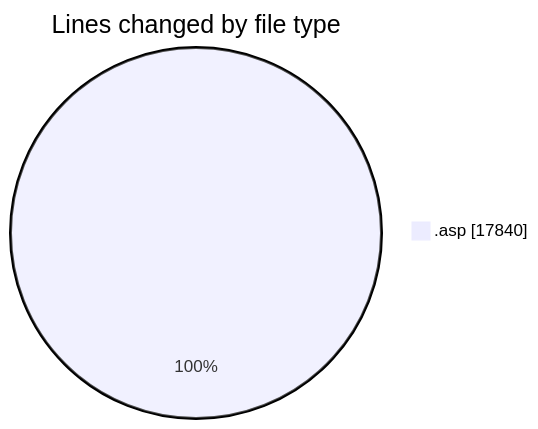
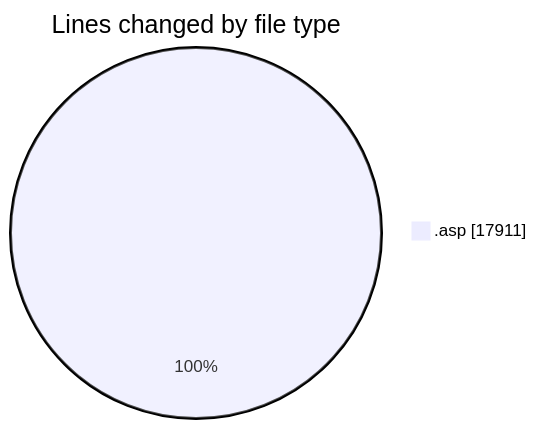
Before and after one commit to julien-gomy/code-tracking: the first of 2 diagrams in 2025-11-01/cdp_aleoudev_fr__workspace_/README.md, drawn with Mermaid. The commit also changed other lines of this file and 1 other file, not shown here.

````diff
--- a/2025-11-01/cdp_aleoudev_fr__workspace_/README.md
+++ b/2025-11-01/cdp_aleoudev_fr__workspace_/README.md
@@ -25,5 +25,5 @@
 ```mermaid
 pie showData
 title Lines changed by file type
-".asp" : 17840
+".asp" : 17911
 ```
````
